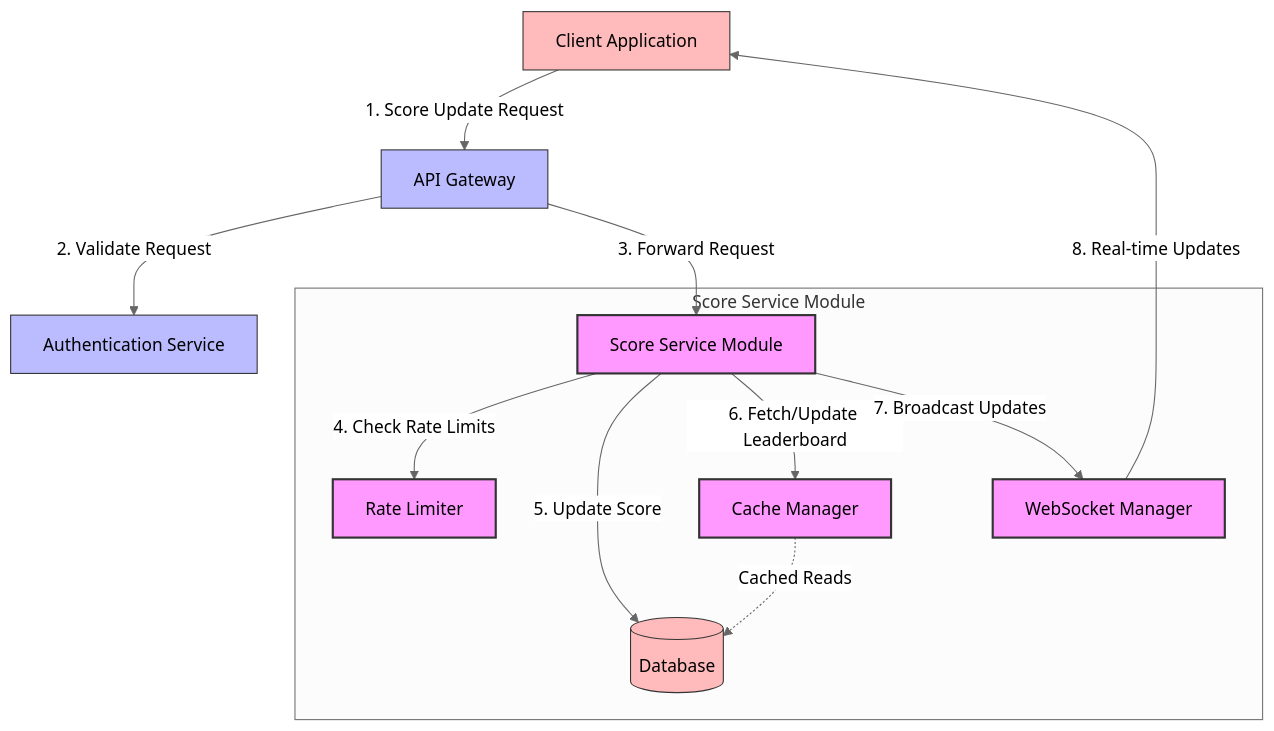
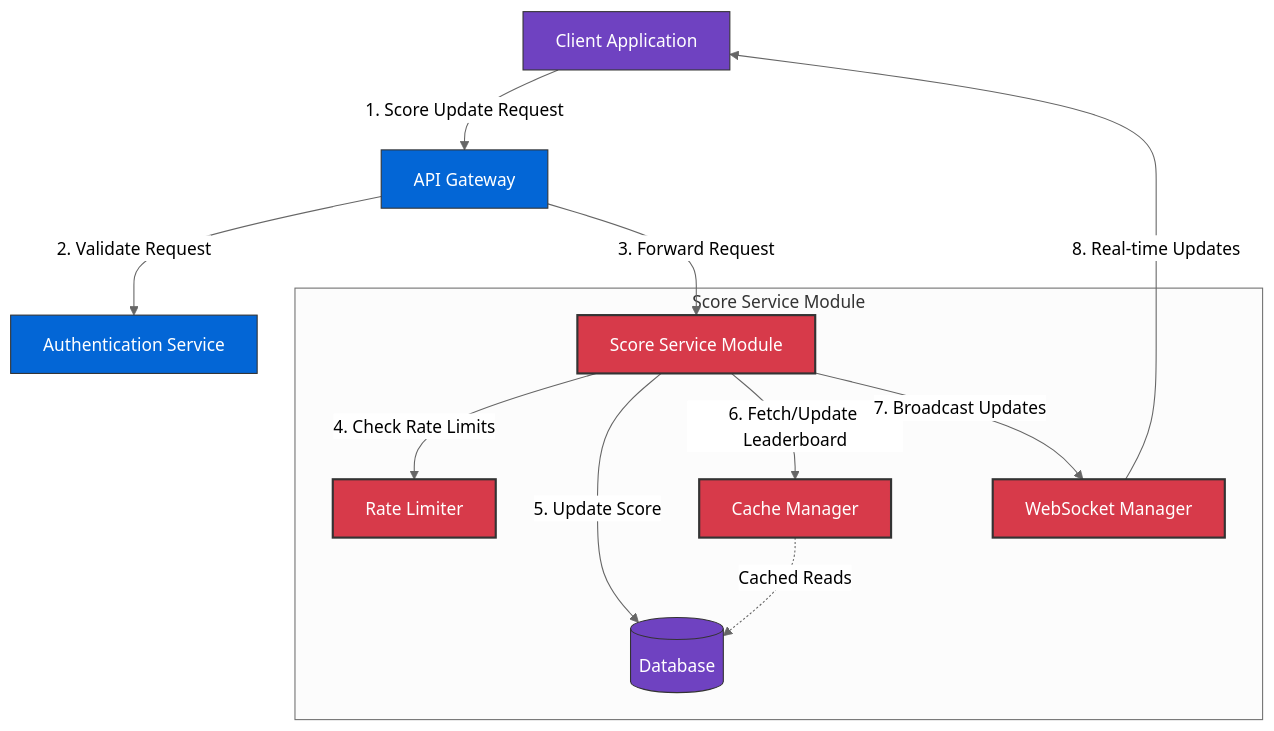
One commit to MinDutch03/Duc_Nguyen_Minh changed the diagram in Problem_6/component.md. Above: the diagram before and after it, drawn with Mermaid (neutral theme).

````diff
--- a/Problem_6/component.md
+++ b/Problem_6/component.md
@@ -2,33 +2,33 @@
 ```mermaid
 graph TB
     Client[Client Application]
     APIGateway[API Gateway]
     AuthService[Authentication Service]
     ScoreService[Score Service Module]
     WebSocketManager[WebSocket Manager]
     RateLimiter[Rate Limiter]
     CacheManager[Cache Manager]
     DB[(Database)]
     
     Client -->|1. Score Update Request| APIGateway
     APIGateway -->|2. Validate Request| AuthService
     APIGateway -->|3. Forward Request| ScoreService
     
     subgraph "Score Service Module"
         ScoreService -->|4. Check Rate Limits| RateLimiter
         ScoreService -->|5. Update Score| DB
         ScoreService -->|6. Fetch/Update Leaderboard| CacheManager
         ScoreService -->|7. Broadcast Updates| WebSocketManager
     end
     
     WebSocketManager -->|8. Real-time Updates| Client
     CacheManager -.->|Cached Reads| DB
     
-    classDef primary fill:#f9f,stroke:#333,stroke-width:2px
-    classDef secondary fill:#bbf,stroke:#333,stroke-width:1px
-    classDef external fill:#fbb,stroke:#333,stroke-width:1px
+    classDef primary fill:#d73a4a,stroke:#333,stroke-width:2px,color:white
+    classDef secondary fill:#0366d6,stroke:#333,stroke-width:1px,color:white
+    classDef external fill:#6f42c1,stroke:#333,stroke-width:1px,color:white
     
     class ScoreService,WebSocketManager,RateLimiter,CacheManager primary
     class APIGateway,AuthService secondary
     class Client,DB external
 ```
````
